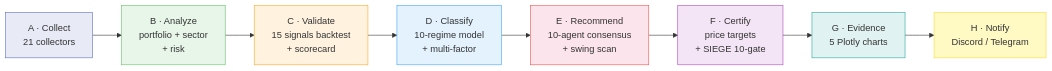
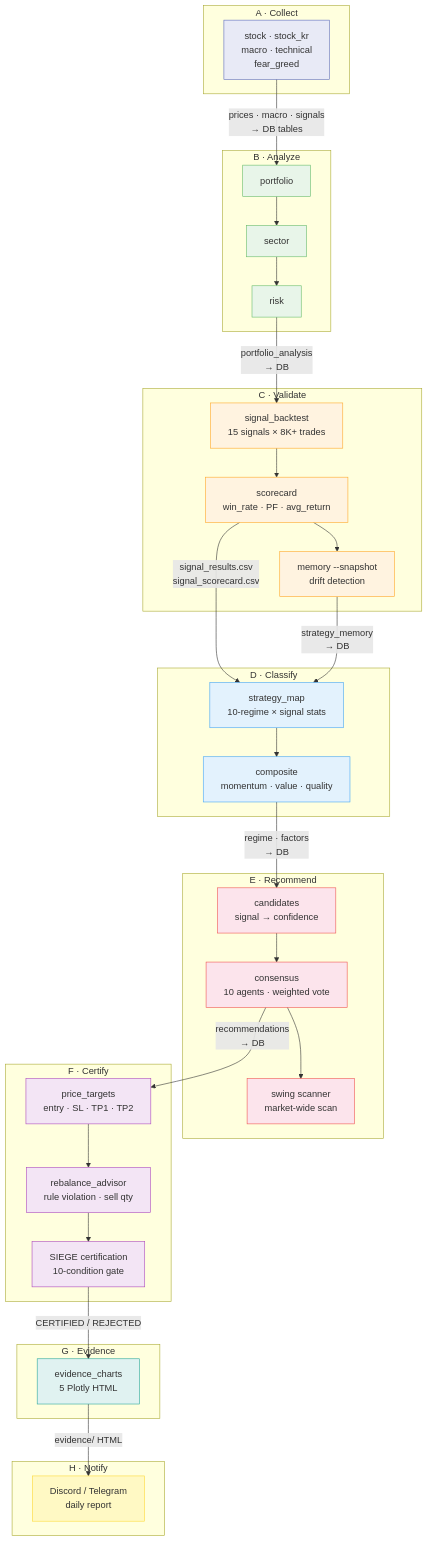
The diagram in README.md (researcherhojin/nuri-quant), drawn with Mermaid before and after one commit. The commit also changed other lines of this file, not shown here.

Commit message:
docs: pipeline mermaid — detailed data flow with subgraphs
Each phase shows actual modules, data outputs (DB tables, CSV files),
and inter-phase connections. Replaces simple linear A→H diagram.

````diff
--- a/README.md
+++ b/README.md
@@ -19,19 +19,65 @@
 ```mermaid
-graph LR
-    A["A · Collect<br/>21 collectors"] --> B["B · Analyze<br/>portfolio + sector<br/>+ risk"]
-    B --> C["C · Validate<br/>15 signals backtest<br/>+ scorecard"]
-    C --> D["D · Classify<br/>10-regime model<br/>+ multi-factor"]
-    D --> E["E · Recommend<br/>10-agent consensus<br/>+ swing scan"]
-    E --> F["F · Certify<br/>price targets<br/>+ SIEGE 10-gate"]
-    F --> G["G · Evidence<br/>5 Plotly charts"]
-    G --> H["H · Notify<br/>Discord / Telegram"]
+graph TD
+    subgraph "A · Collect"
+        A1["stock · stock_kr<br/>macro · technical<br/>fear_greed"]
+    end
 
-    style A fill:#e8eaf6,stroke:#5c6bc0
-    style B fill:#e8f5e9,stroke:#66bb6a
-    style C fill:#fff3e0,stroke:#ffa726
-    style D fill:#e3f2fd,stroke:#42a5f5
-    style E fill:#fce4ec,stroke:#ef5350
-    style F fill:#f3e5f5,stroke:#ab47bc
-    style G fill:#e0f2f1,stroke:#26a69a
-    style H fill:#fff9c4,stroke:#fdd835
+    subgraph "B · Analyze"
+        B1["portfolio"] --> B2["sector"]
+        B2 --> B3["risk"]
+    end
+
+    subgraph "C · Validate"
+        C1["signal_backtest<br/>15 signals × 8K+ trades"] --> C2["scorecard<br/>win_rate · PF · avg_return"]
+        C2 --> C3["memory --snapshot<br/>drift detection"]
+    end
+
+    subgraph "D · Classify"
+        D1["strategy_map<br/>10-regime × signal stats"] --> D2["composite<br/>momentum · value · quality"]
+    end
+
+    subgraph "E · Recommend"
+        E1["candidates<br/>signal → confidence"] --> E2["consensus<br/>10 agents · weighted vote"]
+        E2 --> E3["swing scanner<br/>market-wide scan"]
+    end
+
+    subgraph "F · Certify"
+        F1["price_targets<br/>entry · SL · TP1 · TP2"] --> F2["rebalance_advisor<br/>rule violation · sell qty"]
+        F2 --> F3["SIEGE certification<br/>10-condition gate"]
+    end
+
+    subgraph "G · Evidence"
+        G1["evidence_charts<br/>5 Plotly HTML"]
+    end
+
+    subgraph "H · Notify"
+        H1["Discord / Telegram<br/>daily report"]
+    end
+
+    A1 -- "prices · macro · signals<br/>→ DB tables" --> B1
+    B3 -- "portfolio_analysis<br/>→ DB" --> C1
+    C2 -- "signal_results.csv<br/>signal_scorecard.csv" --> D1
+    C3 -- "strategy_memory<br/>→ DB" --> D1
+    D2 -- "regime · factors<br/>→ DB" --> E1
+    E2 -- "recommendations<br/>→ DB" --> F1
+    F3 -- "CERTIFIED / REJECTED" --> G1
+    G1 -- "evidence/ HTML" --> H1
+
+    style A1 fill:#e8eaf6,stroke:#5c6bc0
+    style B1 fill:#e8f5e9,stroke:#66bb6a
+    style B2 fill:#e8f5e9,stroke:#66bb6a
+    style B3 fill:#e8f5e9,stroke:#66bb6a
+    style C1 fill:#fff3e0,stroke:#ffa726
+    style C2 fill:#fff3e0,stroke:#ffa726
+    style C3 fill:#fff3e0,stroke:#ffa726
+    style D1 fill:#e3f2fd,stroke:#42a5f5
+    style D2 fill:#e3f2fd,stroke:#42a5f5
+    style E1 fill:#fce4ec,stroke:#ef5350
+    style E2 fill:#fce4ec,stroke:#ef5350
+    style E3 fill:#fce4ec,stroke:#ef5350
+    style F1 fill:#f3e5f5,stroke:#ab47bc
+    style F2 fill:#f3e5f5,stroke:#ab47bc
+    style F3 fill:#f3e5f5,stroke:#ab47bc
+    style G1 fill:#e0f2f1,stroke:#26a69a
+    style H1 fill:#fff9c4,stroke:#fdd835
 ```
````
